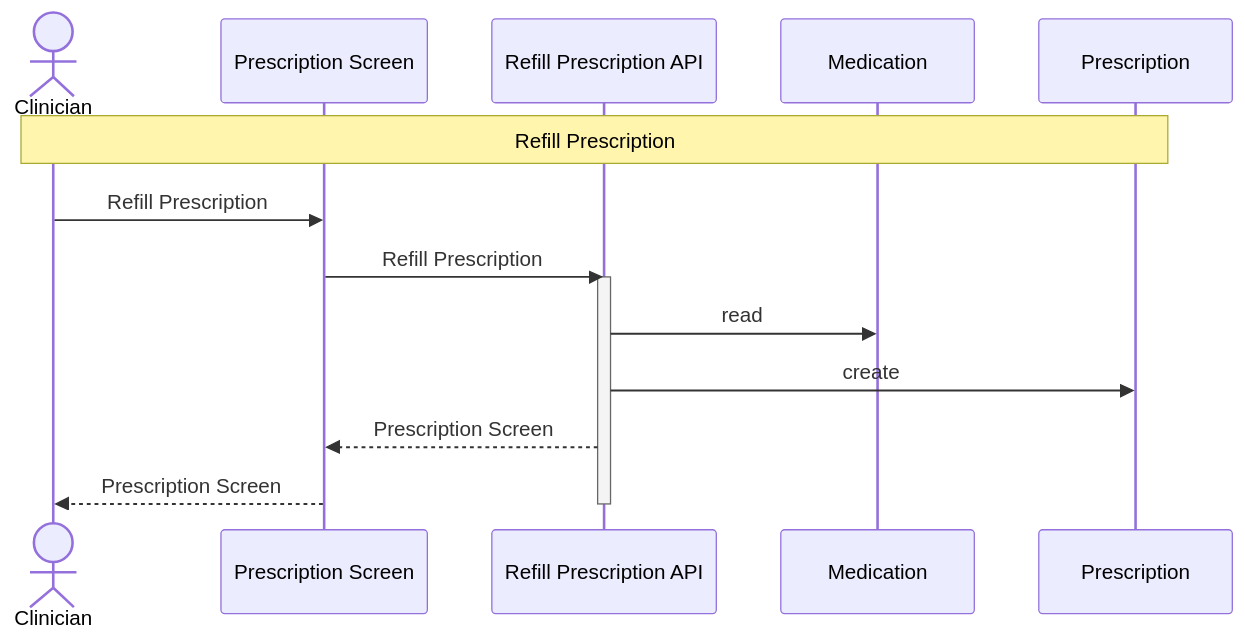
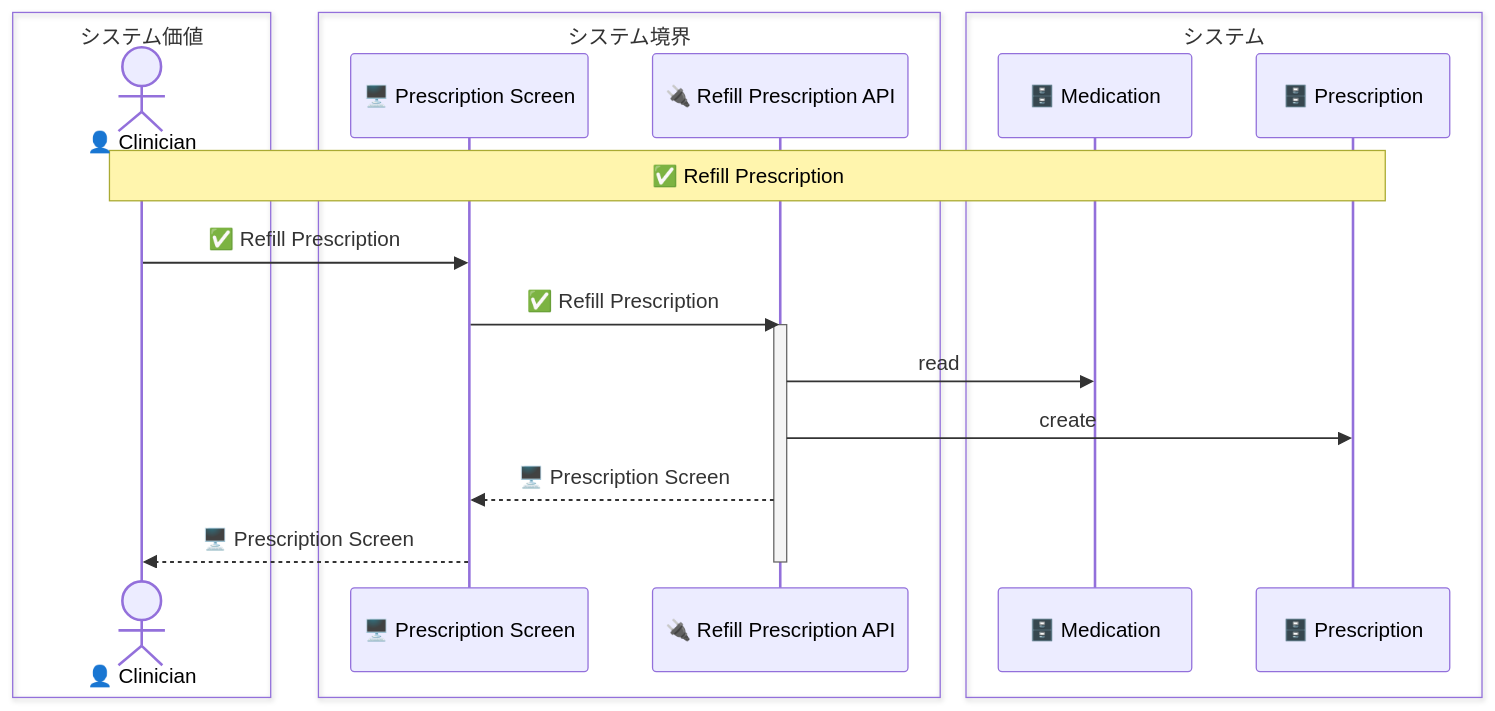
One commit to manji-0/rdra-ish-dsl changed the diagram in samples/clinic-ops/out/uc/sequence_refill_prescription.mmd. Above: the diagram before and after it, drawn with Mermaid. The commit also changed 114 other files, not shown here.

Commit message:
feat: update rdra diagram layering

```diff
--- a/samples/clinic-ops/out/uc/sequence_refill_prescription.mmd
+++ b/samples/clinic-ops/out/uc/sequence_refill_prescription.mmd
@@ -1,16 +1,22 @@
 sequenceDiagram
-  actor Clinician as Clinician
-  participant PrescriptionScreen as Prescription Screen
-  participant RefillPrescriptionApi as Refill Prescription API
-  participant Medication as Medication
-  participant Prescription as Prescription
+  box システム価値
+    actor Clinician as 👤 Clinician
+  end
+  box システム境界
+    participant PrescriptionScreen as 🖥️ Prescription Screen
+    participant RefillPrescriptionApi as 🔌 Refill Prescription API
+  end
+  box システム
+    participant Medication as 🗄️ Medication
+    participant Prescription as 🗄️ Prescription
+  end
 
-  Note over Clinician,Prescription: Refill Prescription
-  Clinician->>PrescriptionScreen: Refill Prescription
-  PrescriptionScreen->>RefillPrescriptionApi: Refill Prescription
+  Note over Clinician,Prescription: ✅ Refill Prescription
+  Clinician->>PrescriptionScreen: ✅ Refill Prescription
+  PrescriptionScreen->>RefillPrescriptionApi: ✅ Refill Prescription
   activate RefillPrescriptionApi
   RefillPrescriptionApi->>Medication: read
   RefillPrescriptionApi->>Prescription: create
-  RefillPrescriptionApi-->>PrescriptionScreen: Prescription Screen
-  PrescriptionScreen-->>Clinician: Prescription Screen
+  RefillPrescriptionApi-->>PrescriptionScreen: 🖥️ Prescription Screen
+  PrescriptionScreen-->>Clinician: 🖥️ Prescription Screen
   deactivate RefillPrescriptionApi
```
